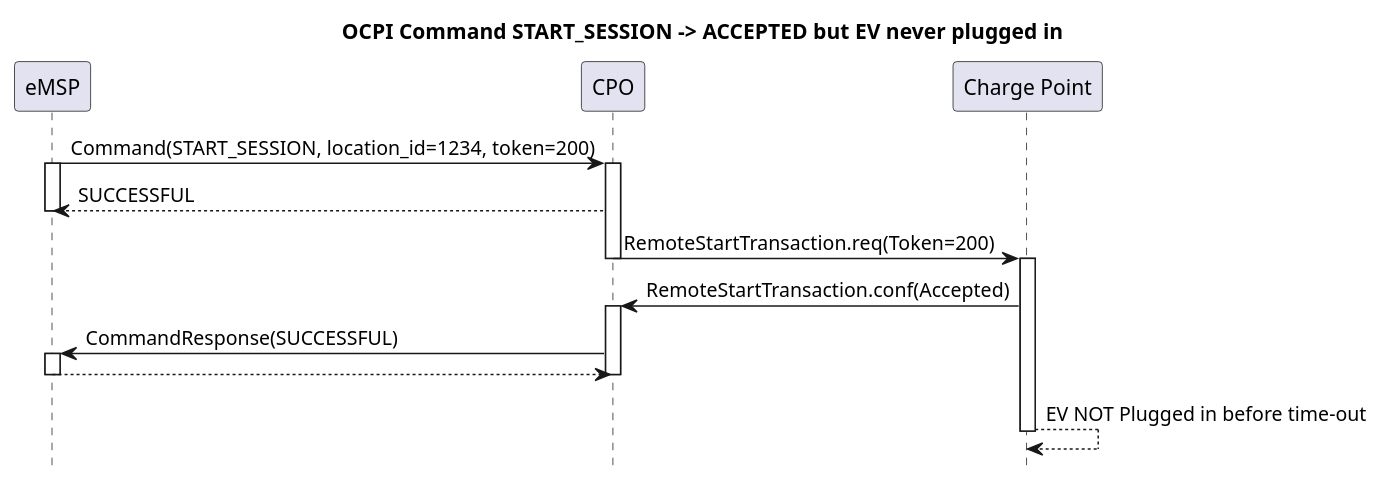
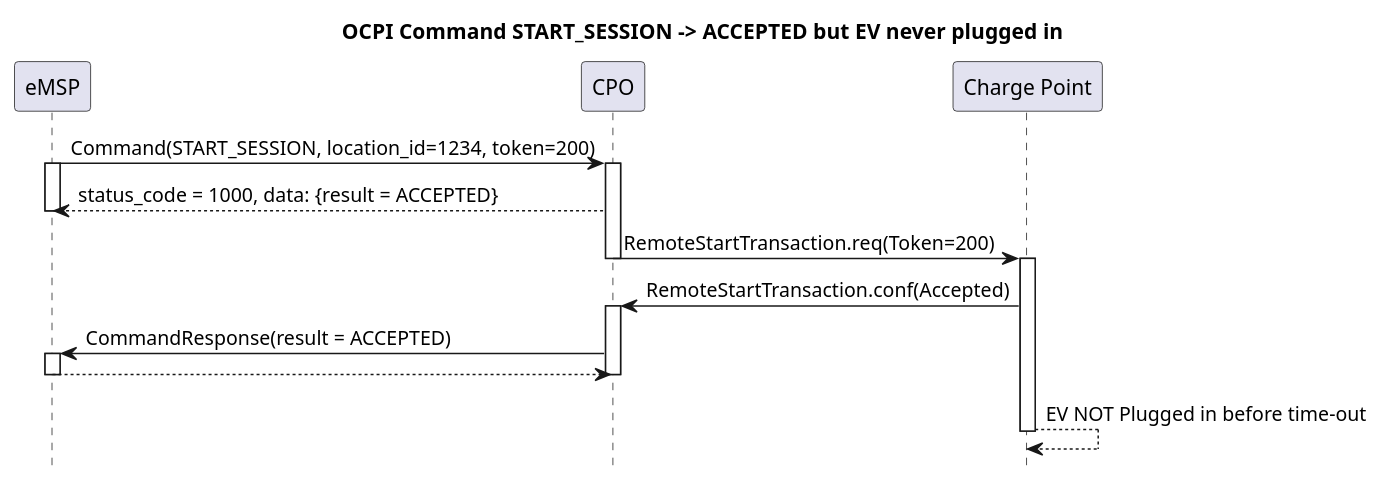
Before and after one commit to ocpi/ocpi: the diagram in plantuml/command_start_session_timeout.plantuml, drawn with PlantUML. The commit also changed 9 other files, not shown here.

```diff
--- a/plantuml/command_start_session_timeout.plantuml
+++ b/plantuml/command_start_session_timeout.plantuml
@@ -1,30 +1,30 @@
 @startuml
 title OCPI Command START_SESSION -> ACCEPTED but EV never plugged in
 hide footbox
 
 participant eMSP
 participant CPO
 participant "Charge Point" as CP
 
 eMSP ->  CPO:  Command(START_SESSION, location_id=1234, token=200)
 activate eMSP
 activate CPO
-CPO  --> eMSP: SUCCESSFUL
+CPO  --> eMSP: status_code = 1000, data: {result = ACCEPTED}
 deactivate eMSP
 
 CPO  ->  CP:   RemoteStartTransaction.req(Token=200)
 deactivate CPO
 activate CP
 CP   ->  CPO:  RemoteStartTransaction.conf(Accepted)
 activate CPO
-CPO  ->  eMSP: CommandResponse(SUCCESSFUL)
+CPO  ->  eMSP: CommandResponse(result = ACCEPTED)
 activate eMSP
 eMSP --> CPO: 
 deactivate CPO
 deactivate eMSP
 
 CP   --> CP: EV NOT Plugged in before time-out
 
 deactivate CP
 
 @enduml
```
